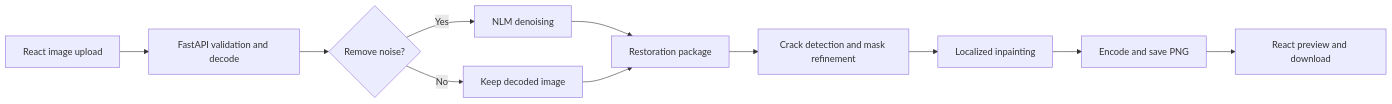
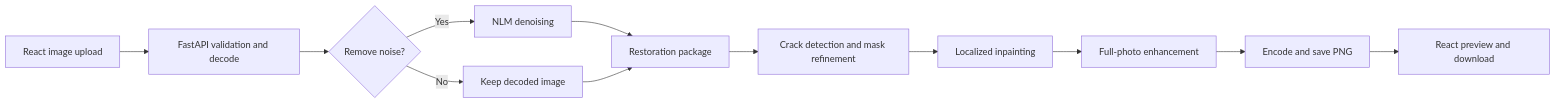
One commit to Saichaithanya0609/Photo-Restoration changed the diagram in README.md. Above: the diagram before and after it, drawn with Mermaid. The commit also changed other lines of this file and 9 other files, not shown here.

````diff
--- a/README.md
+++ b/README.md
@@ -24,13 +25,14 @@
 ```mermaid
 flowchart LR
     A[React image upload] --> B[FastAPI validation and decode]
     B --> C{Remove noise?}
     C -- Yes --> D[NLM denoising]
     C -- No --> E[Keep decoded image]
     D --> F[Restoration package]
     E --> F
     F --> G[Crack detection and mask refinement]
     G --> H[Localized inpainting]
-    H --> I[Encode and save PNG]
-    I --> J[React preview and download]
+    H --> I[Full-photo enhancement]
+    I --> J[Encode and save PNG]
+    J --> K[React preview and download]
 ```
````
